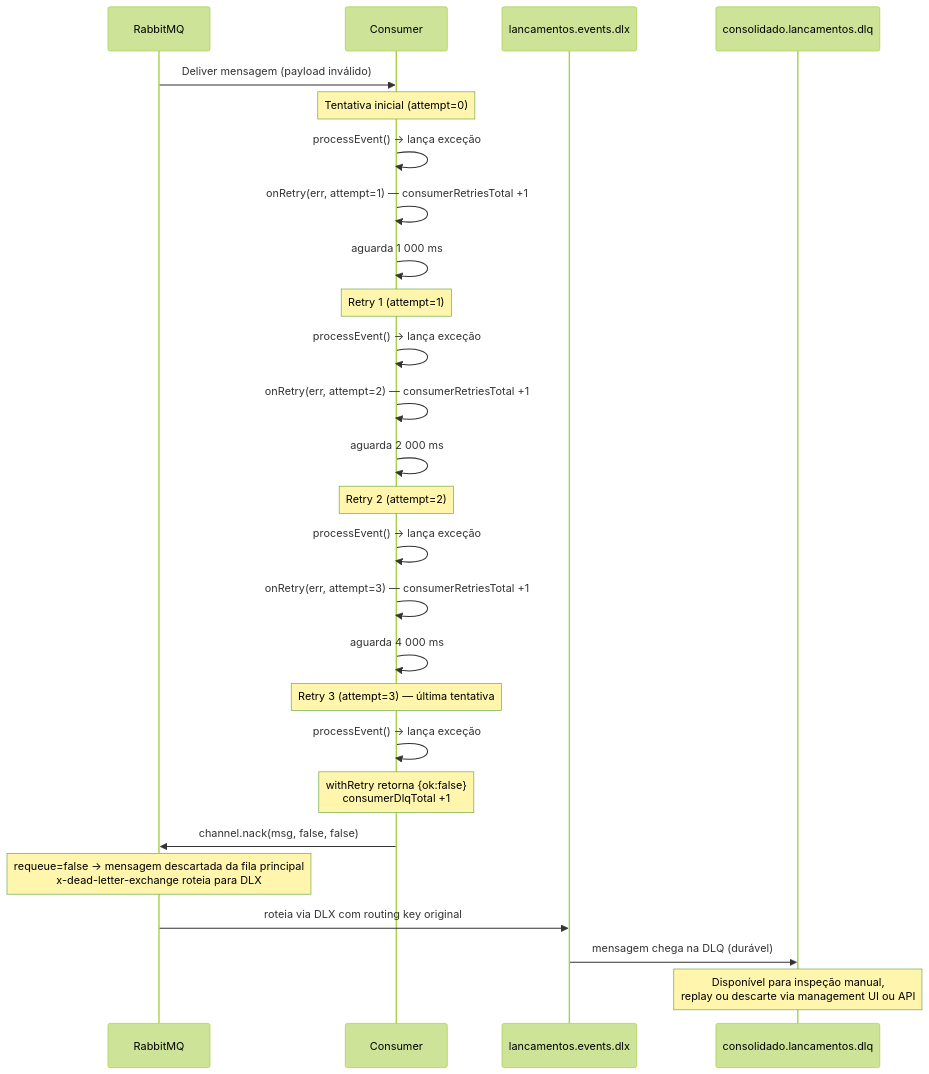
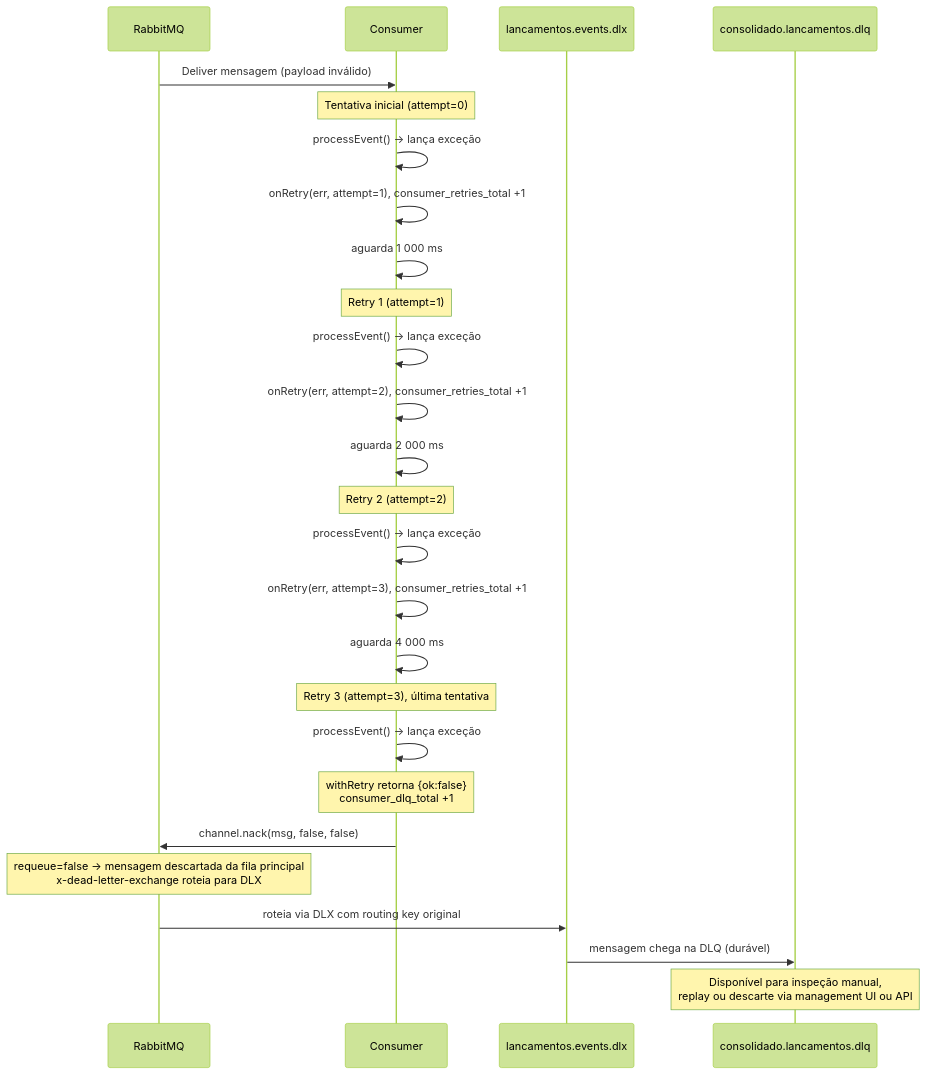
The sixth of 6 diagrams in docs/arquitetura.md (Matheussferreira/desafio-carrefour), drawn with Mermaid (forest theme) before and after one commit. The commit also changed other lines of this file and 23 other files, not shown here.

````diff
--- a/docs/arquitetura.md
+++ b/docs/arquitetura.md
@@ -152,36 +153,36 @@
 ```mermaid
 sequenceDiagram
     participant RMQ as RabbitMQ
     participant CONS as Consumer
     participant DLX as lancamentos.events.dlx
     participant DLQ as consolidado.lancamentos.dlq
 
     RMQ->>CONS: Deliver mensagem (payload inválido)
 
     Note over CONS: Tentativa inicial (attempt=0)
     CONS->>CONS: processEvent() → lança exceção
-    CONS->>CONS: onRetry(err, attempt=1) — consumerRetriesTotal +1
+    CONS->>CONS: onRetry(err, attempt=1), consumer_retries_total +1
     CONS->>CONS: aguarda 1 000 ms
 
     Note over CONS: Retry 1 (attempt=1)
     CONS->>CONS: processEvent() → lança exceção
-    CONS->>CONS: onRetry(err, attempt=2) — consumerRetriesTotal +1
+    CONS->>CONS: onRetry(err, attempt=2), consumer_retries_total +1
     CONS->>CONS: aguarda 2 000 ms
 
     Note over CONS: Retry 2 (attempt=2)
     CONS->>CONS: processEvent() → lança exceção
-    CONS->>CONS: onRetry(err, attempt=3) — consumerRetriesTotal +1
+    CONS->>CONS: onRetry(err, attempt=3), consumer_retries_total +1
     CONS->>CONS: aguarda 4 000 ms
 
-    Note over CONS: Retry 3 (attempt=3) — última tentativa
+    Note over CONS: Retry 3 (attempt=3), última tentativa
     CONS->>CONS: processEvent() → lança exceção
-    Note over CONS: withRetry retorna {ok:false}<br/>consumerDlqTotal +1
+    Note over CONS: withRetry retorna {ok:false}<br/>consumer_dlq_total +1
 
     CONS->>RMQ: channel.nack(msg, false, false)
     Note over RMQ: requeue=false → mensagem descartada da fila principal<br/>x-dead-letter-exchange roteia para DLX
 
     RMQ->>DLX: roteia via DLX com routing key original
     DLX->>DLQ: mensagem chega na DLQ (durável)
 
     Note over DLQ: Disponível para inspeção manual,<br/>replay ou descarte via management UI ou API
 ```
````
